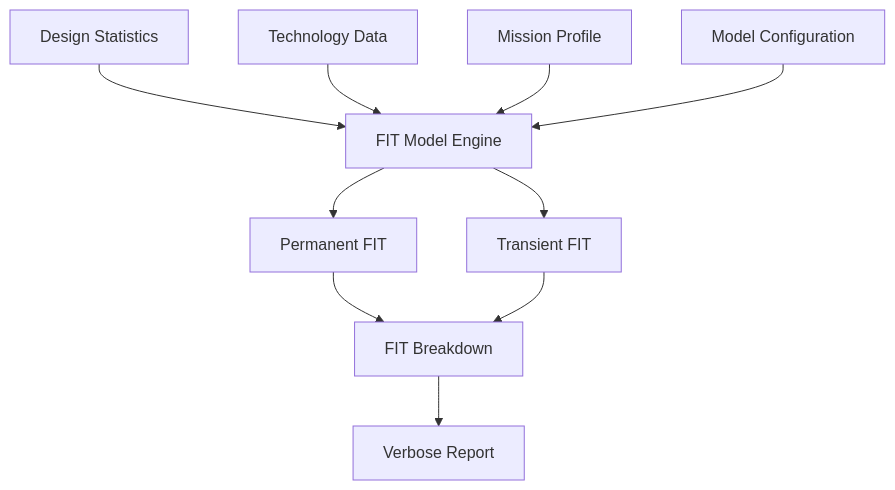
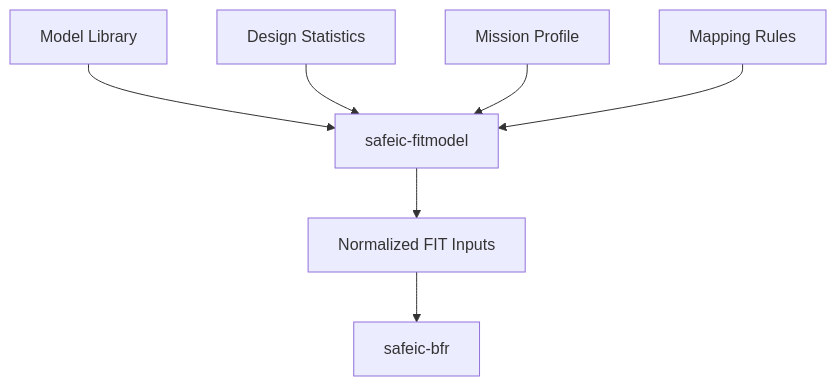
One commit to qiqixixi1001/automotive-safeic-practice changed the third of 9 diagrams in articles/04_automotive_safeic_practice_d04_github_en_generic.md. Above: the diagram before and after it, drawn with Mermaid. The commit also changed other lines of this file, not shown here.

````diff
--- a/articles/04_automotive_safeic_practice_d04_github_en_generic.md
+++ b/articles/04_automotive_safeic_practice_d04_github_en_generic.md
@@ -208,12 +198,9 @@
 ```mermaid
 flowchart TD
-    A[Design Statistics] --> E[FIT Model Engine]
-    B[Technology Data] --> E
-    C[Mission Profile] --> E
-    D[Model Configuration] --> E
-    E --> F[Permanent FIT]
-    E --> G[Transient FIT]
-    F --> H[FIT Breakdown]
-    G --> H
-    H --> I[Verbose Report]
+    A[Model Library] --> B[safeic-fitmodel]
+    C[Design Statistics] --> B
+    D[Mission Profile] --> B
+    E[Mapping Rules] --> B
+    B --> F[Normalized FIT Inputs]
+    F --> G[safeic-bfr]
 ```
````
